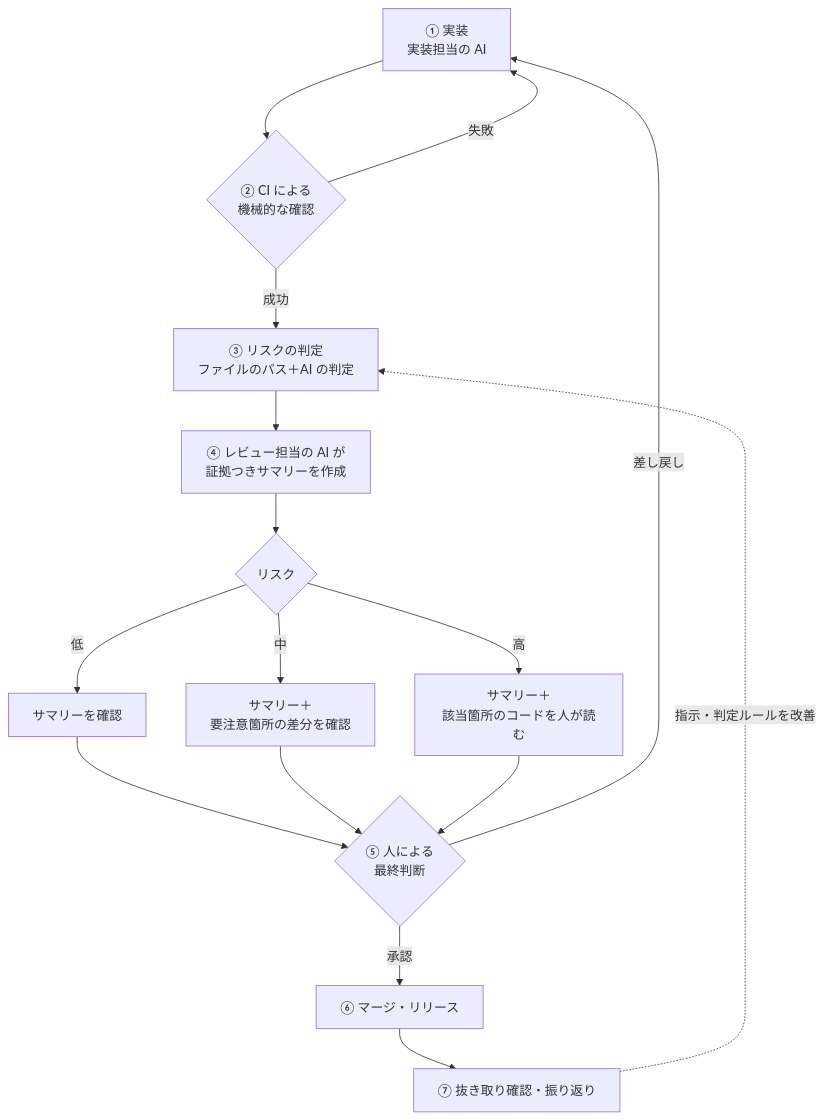
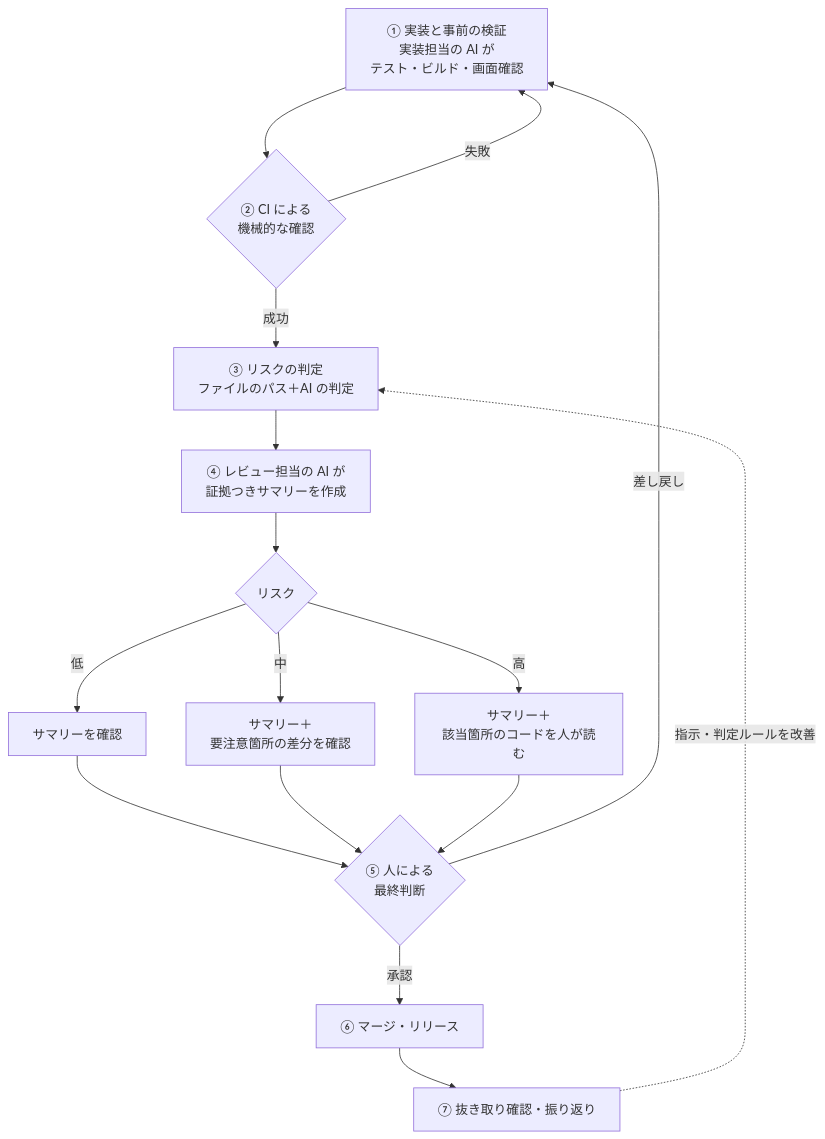
One commit to ktaishi/engineering-notes changed the first of 2 diagrams in process/ai-pr-review.md. Above: the diagram before and after it, drawn with Mermaid. The commit also changed other lines of this file and 11 other files, not shown here.

````diff
--- a/process/ai-pr-review.md
+++ b/process/ai-pr-review.md
@@ -26,18 +29,18 @@
 ```mermaid
 flowchart TD
-  A["① 実装<br/>実装担当の AI"] --> B{"② CI による<br/>機械的な確認"}
+  A["① 実装と事前の検証<br/>実装担当の AI が<br/>テスト・ビルド・画面確認"] --> B{"② CI による<br/>機械的な確認"}
   B -- "失敗" --> A
   B -- "成功" --> C["③ リスクの判定<br/>ファイルのパス＋AI の判定"]
   C --> D["④ レビュー担当の AI が<br/>証拠つきサマリーを作成"]
   D --> E{"リスク"}
   E -- "低" --> L["サマリーを確認"]
   E -- "中" --> M["サマリー＋<br/>要注意箇所の差分を確認"]
   E -- "高" --> H["サマリー＋<br/>該当箇所のコードを人が読む"]
   L --> J{"⑤ 人による<br/>最終判断"}
   M --> J
   H --> J
   J -- "差し戻し" --> A
   J -- "承認" --> K["⑥ マージ・リリース"]
   K --> P["⑦ 抜き取り確認・振り返り"]
   P -. "指示・判定ルールを改善" .-> C
 ```
````
